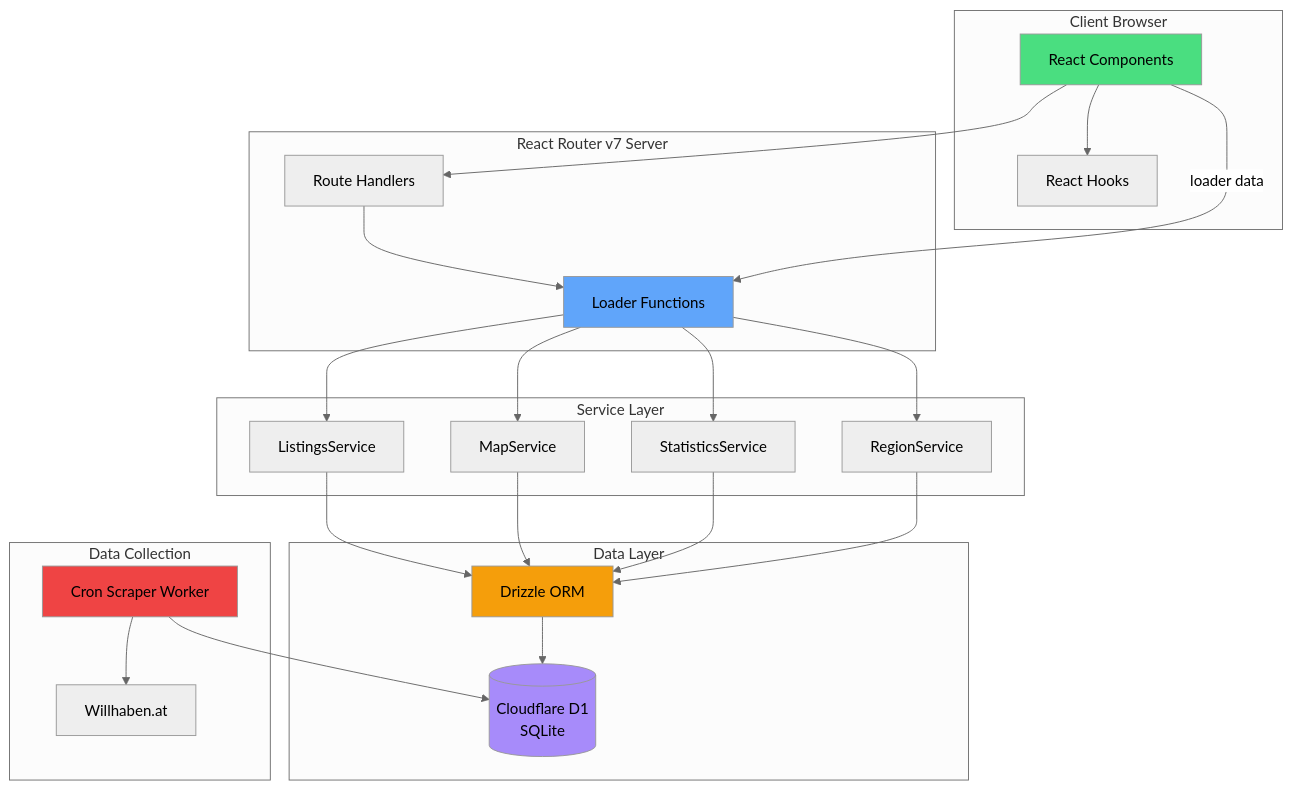
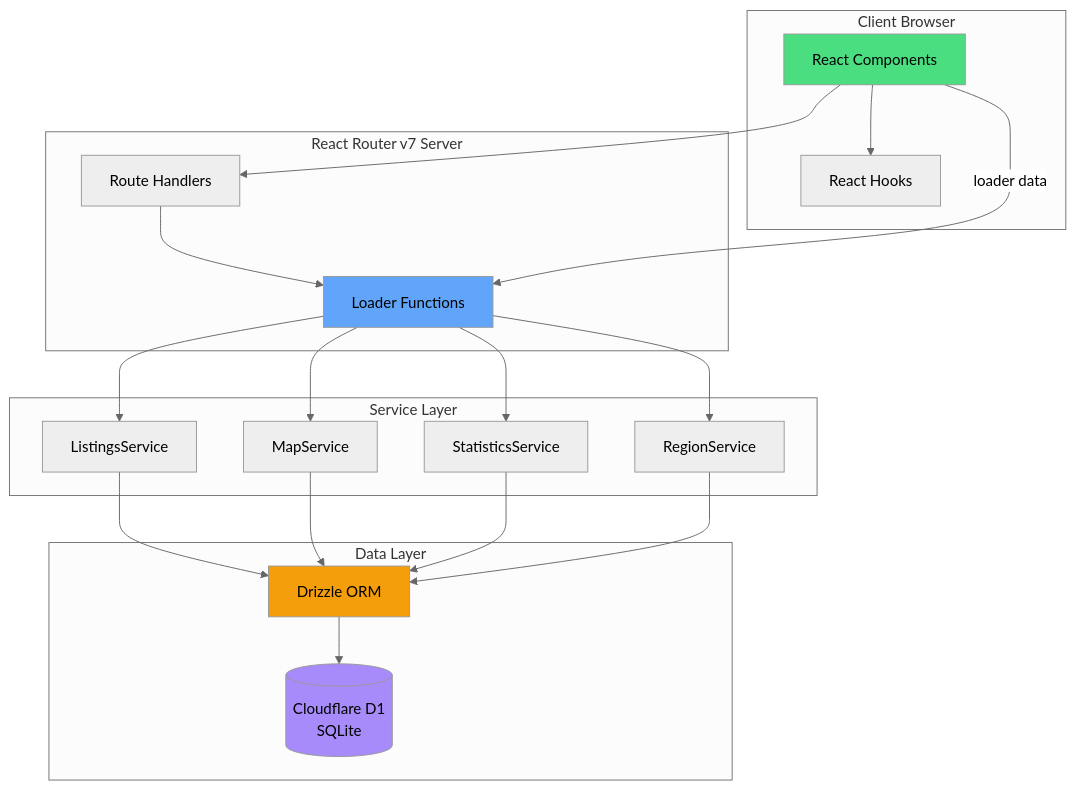
Before and after one commit to madebyarthouse/rental-monitor: the first of 3 diagrams in docs/ARCHITECTURE.md, drawn with Mermaid (neutral theme). The commit also changed 13 other files, not shown here.

````diff
--- a/docs/ARCHITECTURE.md
+++ b/docs/ARCHITECTURE.md
@@ -20,55 +20,46 @@
 ```mermaid
 graph TB
     subgraph "Client Browser"
         UI[React Components]
         HOOKS[React Hooks]
     end
 
     subgraph "React Router v7 Server"
         ROUTES[Route Handlers]
         LOADERS[Loader Functions]
     end
 
     subgraph "Service Layer"
         LISTINGS_SVC[ListingsService]
         MAP_SVC[MapService]
         STATS_SVC[StatisticsService]
         REGION_SVC[RegionService]
     end
 
     subgraph "Data Layer"
         DRIZZLE[Drizzle ORM]
         D1[(Cloudflare D1<br/>SQLite)]
     end
 
-    subgraph "Data Collection"
-        CRON[Cron Scraper Worker]
-        WILLHABEN[Willhaben.at]
-    end
-
     UI --> ROUTES
     UI --> HOOKS
     ROUTES --> LOADERS
     LOADERS --> LISTINGS_SVC
     LOADERS --> MAP_SVC
     LOADERS --> STATS_SVC
     LOADERS --> REGION_SVC
 
     LISTINGS_SVC --> DRIZZLE
     MAP_SVC --> DRIZZLE
     STATS_SVC --> DRIZZLE
     REGION_SVC --> DRIZZLE
 
     DRIZZLE --> D1
 
-    CRON --> WILLHABEN
-    CRON --> D1
-
     UI -->|loader data| LOADERS
 
     style UI fill:#4ade80
     style LOADERS fill:#60a5fa
     style DRIZZLE fill:#f59e0b
     style D1 fill:#a78bfa
-    style CRON fill:#ef4444
 ```
````
